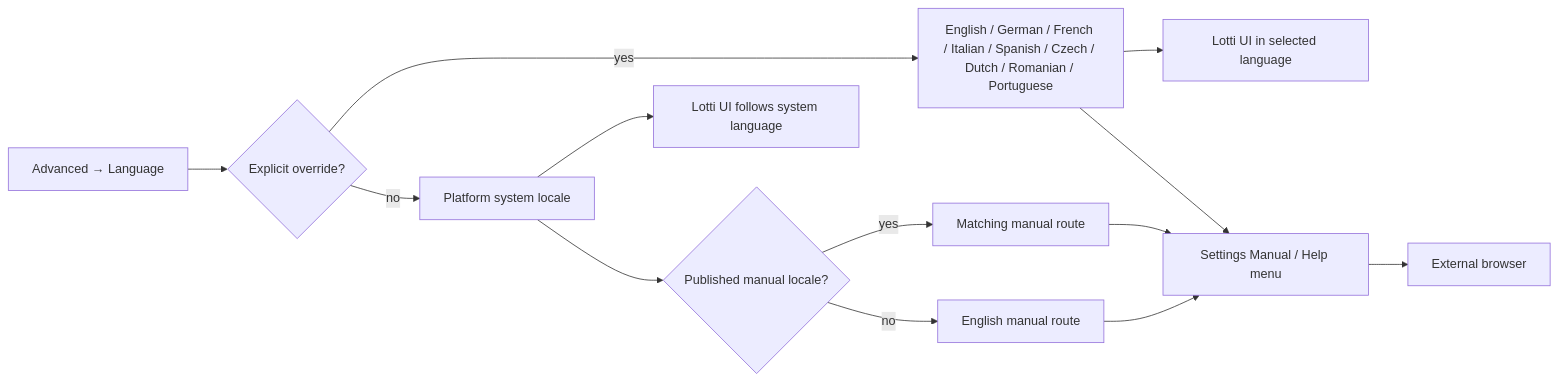
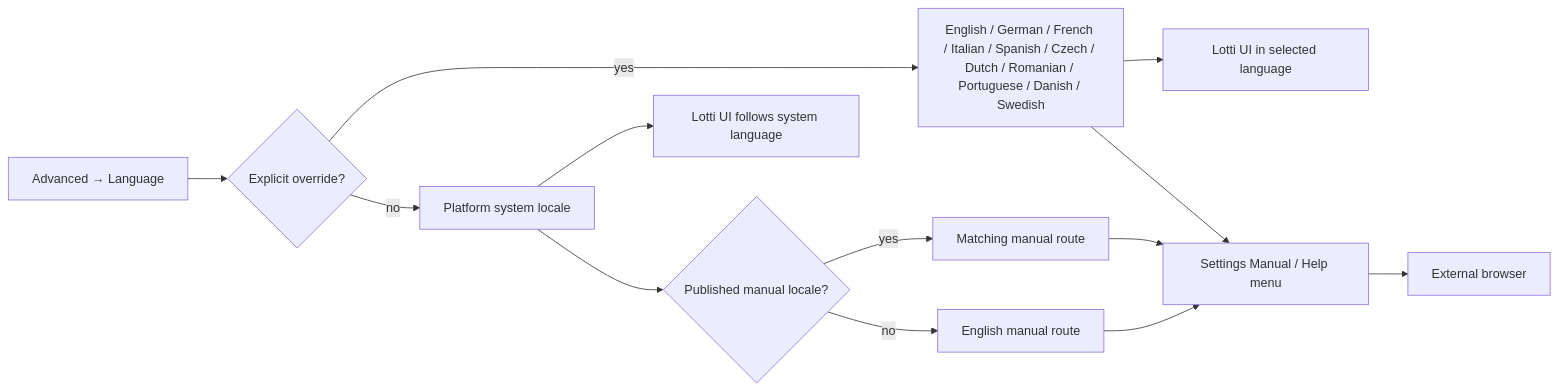
The seventh of 8 diagrams in lib/features/settings/README.md (matthiasn/lotti), drawn with Mermaid before and after one commit. The commit also changed other lines of this file and 129 other files, not shown here.

Commit message:
feat: add Danish and Swedish localization (#3520)

````diff
--- a/lib/features/settings/README.md
+++ b/lib/features/settings/README.md
@@ -595,15 +595,15 @@
 ```mermaid
 flowchart LR
   Choice["Advanced → Language"] --> Preference{"Explicit override?"}
-  Preference -->|yes| Override["English / German / French / Italian / Spanish / Czech / Dutch / Romanian / Portuguese"]
+  Preference -->|yes| Override["English / German / French / Italian / Spanish / Czech / Dutch / Romanian / Portuguese / Danish / Swedish"]
   Preference -->|no| System["Platform system locale"]
   Override --> OverrideAppUi["Lotti UI in selected language"]
   System --> SystemAppUi["Lotti UI follows system language"]
   System --> Catalog{"Published manual locale?"}
   Catalog -->|yes| Matched["Matching manual route"]
   Catalog -->|no| English["English manual route"]
   Override --> ManualLink["Settings Manual / Help menu"]
   Matched --> ManualLink
   English --> ManualLink
   ManualLink --> Browser["External browser"]
 ```
````
